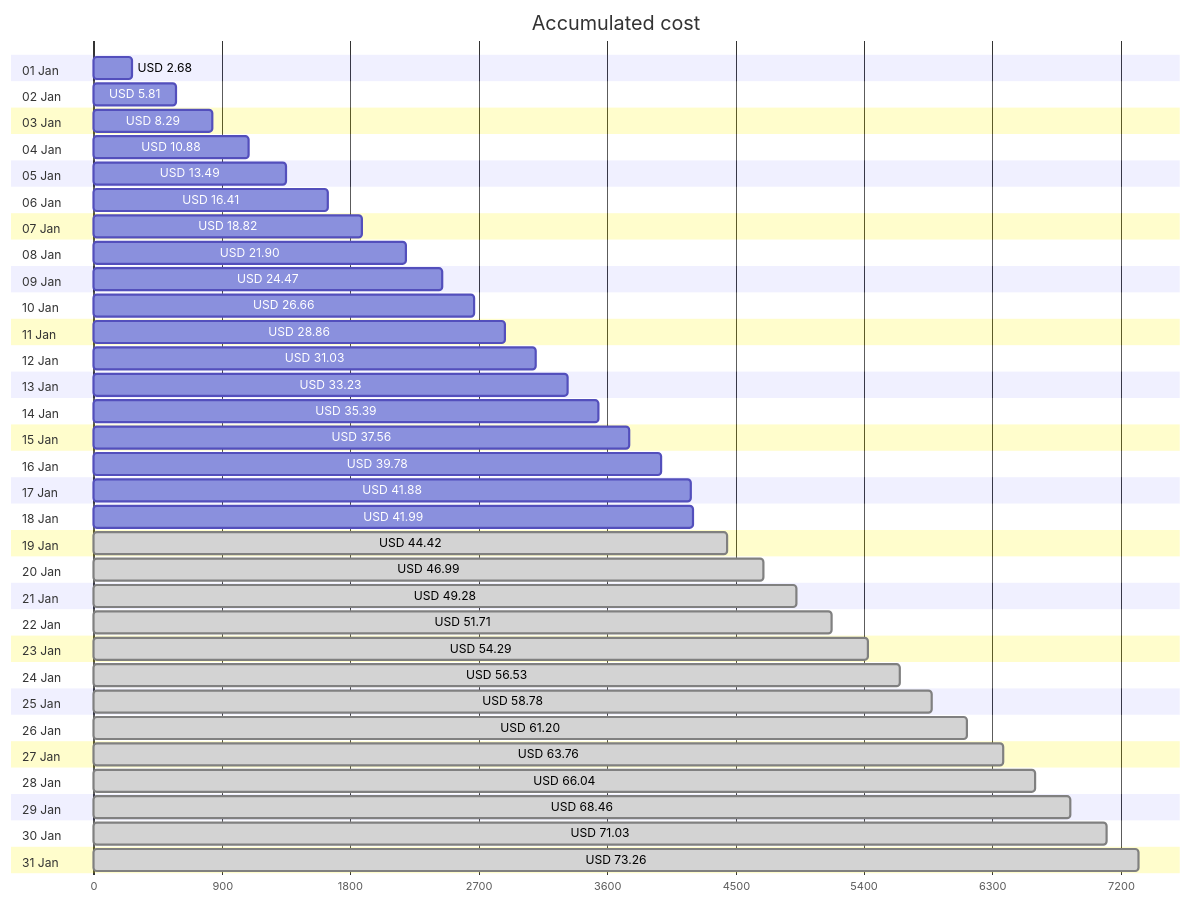
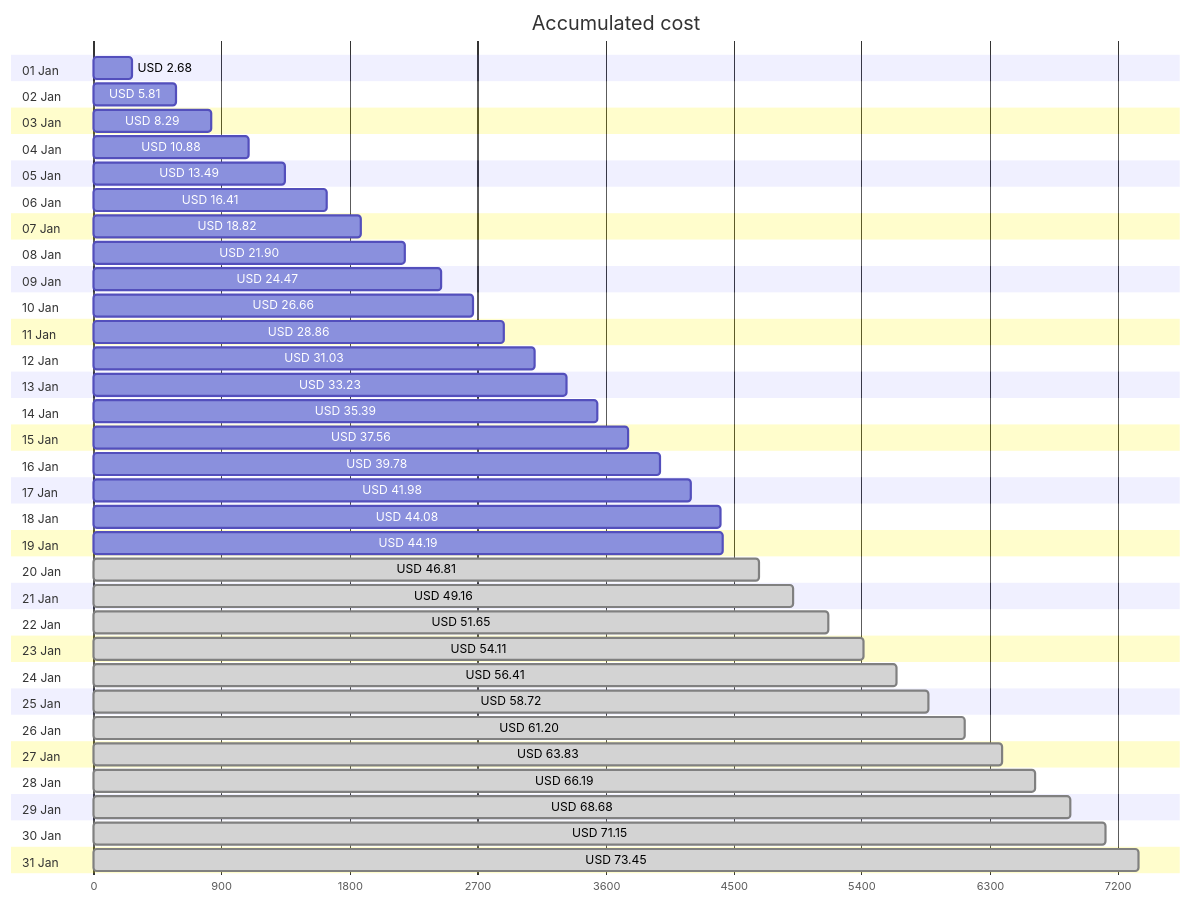
One commit to jpfulton/azure-personal-reports changed the first of 4 diagrams in cost-reports/accumulated-cost.md. Above: the diagram before and after it, drawn with Mermaid. The commit also changed other lines of this file and 4 other files, not shown here.

````diff
--- a/cost-reports/accumulated-cost.md
+++ b/cost-reports/accumulated-cost.md
@@ -20,68 +20,68 @@
 ```mermaid
 gantt
    title Accumulated cost
    dateFormat  X
    axisFormat %s
    section 01 Jan
    USD 2.68 :0, 268
    section 02 Jan
    USD 5.81 :0, 581
    section 03 Jan
    USD 8.29 :0, 829
    section 04 Jan
    USD 10.88 :0, 1088
    section 05 Jan
    USD 13.49 :0, 1349
    section 06 Jan
    USD 16.41 :0, 1641
    section 07 Jan
    USD 18.82 :0, 1882
    section 08 Jan
    USD 21.90 :0, 2190
    section 09 Jan
    USD 24.47 :0, 2447
    section 10 Jan
    USD 26.66 :0, 2666
    section 11 Jan
    USD 28.86 :0, 2886
    section 12 Jan
    USD 31.03 :0, 3103
    section 13 Jan
    USD 33.23 :0, 3323
    section 14 Jan
    USD 35.39 :0, 3539
    section 15 Jan
    USD 37.56 :0, 3756
    section 16 Jan
    USD 39.78 :0, 3978
    section 17 Jan
-   USD 41.88 :0, 4188
+   USD 41.98 :0, 4198
    section 18 Jan
-   USD 41.99 :0, 4199
+   USD 44.08 :0, 4408
    section 19 Jan
-   USD 44.42 : done, 0, 4442
+   USD 44.19 :0, 4419
    section 20 Jan
-   USD 46.99 : done, 0, 4699
+   USD 46.81 : done, 0, 4681
    section 21 Jan
-   USD 49.28 : done, 0, 4928
+   USD 49.16 : done, 0, 4916
    section 22 Jan
-   USD 51.71 : done, 0, 5171
+   USD 51.65 : done, 0, 5165
    section 23 Jan
-   USD 54.29 : done, 0, 5429
+   USD 54.11 : done, 0, 5411
    section 24 Jan
-   USD 56.53 : done, 0, 5653
+   USD 56.41 : done, 0, 5641
    section 25 Jan
-   USD 58.78 : done, 0, 5878
+   USD 58.72 : done, 0, 5872
    section 26 Jan
    USD 61.20 : done, 0, 6120
    section 27 Jan
-   USD 63.76 : done, 0, 6376
+   USD 63.83 : done, 0, 6383
    section 28 Jan
-   USD 66.04 : done, 0, 6604
+   USD 66.19 : done, 0, 6619
    section 29 Jan
-   USD 68.46 : done, 0, 6846
+   USD 68.68 : done, 0, 6868
    section 30 Jan
-   USD 71.03 : done, 0, 7103
+   USD 71.15 : done, 0, 7115
    section 31 Jan
-   USD 73.26 : done, 0, 7326
+   USD 73.45 : done, 0, 7345
 ```
````
